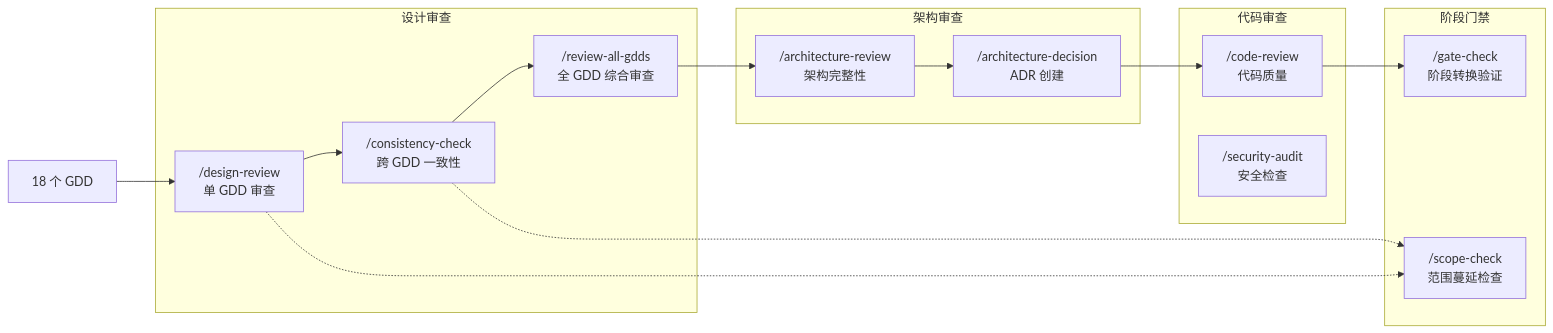
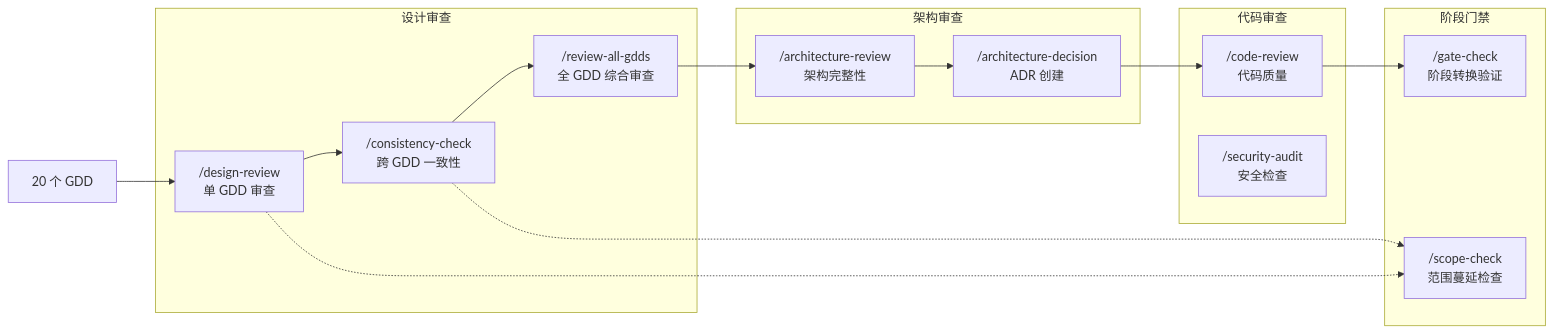
Diagram 12 of 16 in docs/document-index.md (lieinsay/Claude-Code-Game-Studios), drawn with Mermaid before and after one commit. The commit also changed other lines of this file and 10 other files, not shown here.

````diff
--- a/docs/document-index.md
+++ b/docs/document-index.md
@@ -1011,34 +1018,34 @@
 ```mermaid
 graph LR
     subgraph 设计审查["设计审查"]
         DR["/design-review<br/>单 GDD 审查"]
         CR["/consistency-check<br/>跨 GDD 一致性"]
         HR["/review-all-gdds<br/>全 GDD 综合审查"]
     end
 
     subgraph 架构审查["架构审查"]
         AR["/architecture-review<br/>架构完整性"]
         ADR["/architecture-decision<br/>ADR 创建"]
     end
 
     subgraph 代码审查["代码审查"]
         CODE["/code-review<br/>代码质量"]
         SEC["/security-audit<br/>安全检查"]
     end
 
     subgraph 阶段门禁["阶段门禁"]
         GC["/gate-check<br/>阶段转换验证"]
         SC["/scope-check<br/>范围蔓延检查"]
     end
 
-    GDD["18 个 GDD"] --> DR
+    GDD["20 个 GDD"] --> DR
     DR --> CR
     CR --> HR
     HR --> AR
     AR --> ADR
     ADR --> CODE
     CODE --> GC
 
     DR -.-> SC
     CR -.-> SC
 ```
````
